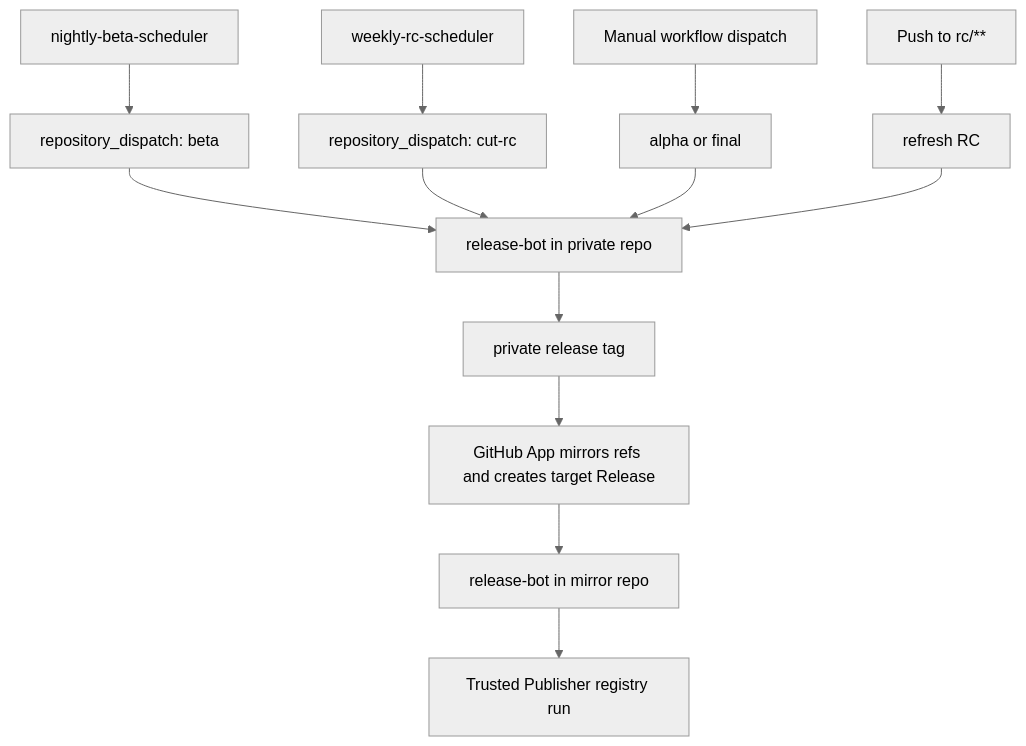
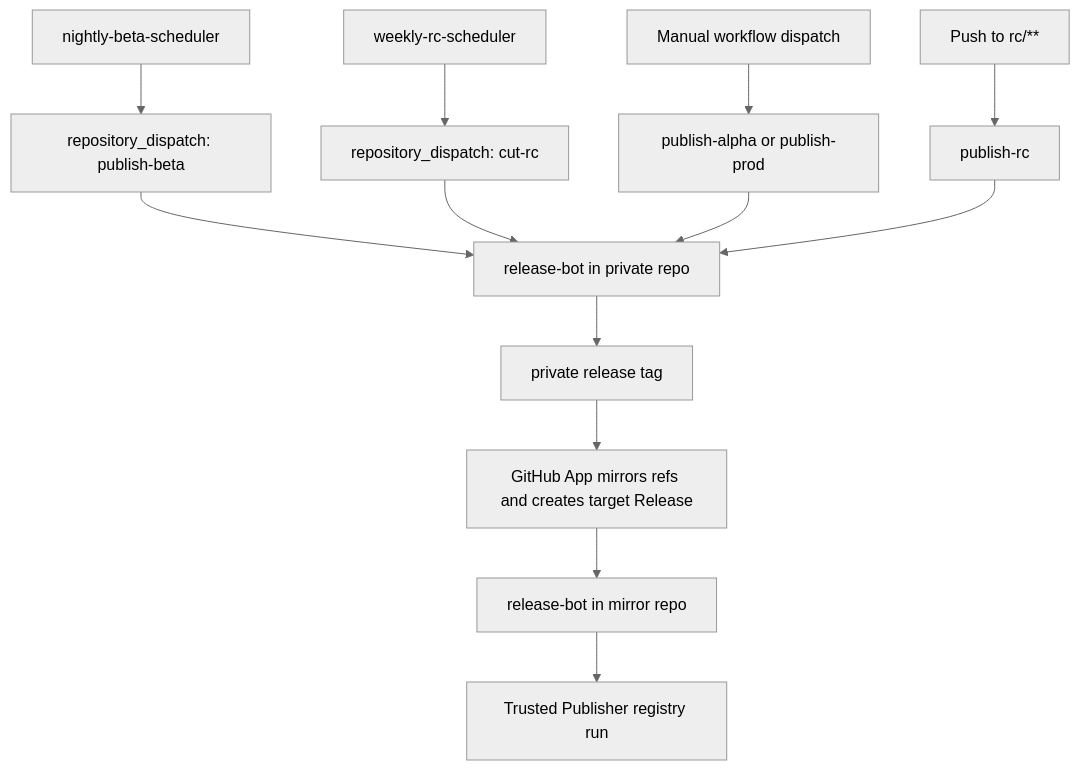
One commit to loomb-oai/test-public-repo changed the diagram in README.md. Above: the diagram before and after it, drawn with Mermaid (neutral theme). The commit also changed other lines of this file and 5 other files, not shown here.

````diff
--- a/README.md
+++ b/README.md
@@ -106,15 +106,15 @@
 ```mermaid
 flowchart TD
-  A["nightly-beta-scheduler"] --> C["repository_dispatch: beta"]
+  A["nightly-beta-scheduler"] --> C["repository_dispatch: publish-beta"]
   B["weekly-rc-scheduler"] --> D["repository_dispatch: cut-rc"]
-  E["Manual workflow dispatch"] --> F["alpha or final"]
-  G["Push to rc/**"] --> H["refresh RC"]
+  E["Manual workflow dispatch"] --> F["publish-alpha or publish-prod"]
+  G["Push to rc/**"] --> H["publish-rc"]
   C --> I["release-bot in private repo"]
   D --> I
   F --> I
   H --> I
   I --> J["private release tag"]
   J --> K["GitHub App mirrors refs and creates target Release"]
   K --> L["release-bot in mirror repo"]
   L --> M["Trusted Publisher registry run"]
 ```
````
